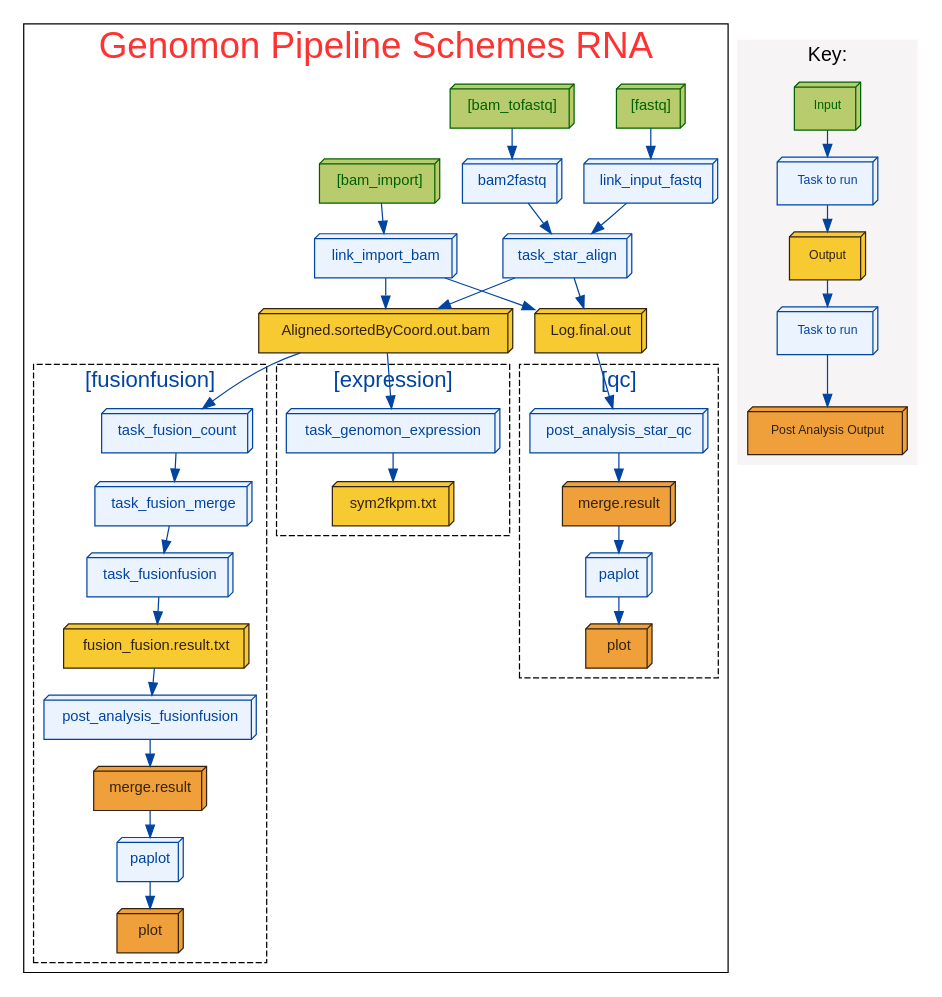
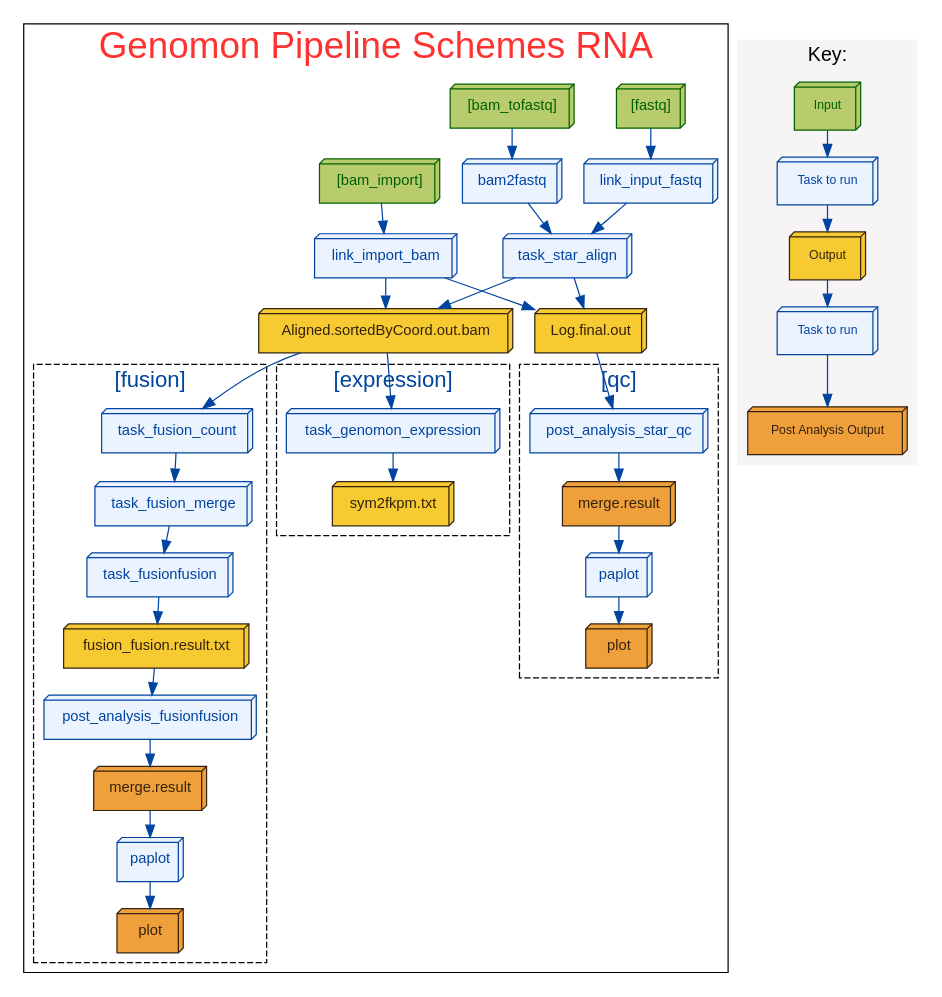
The diagram in dot/genomon_rna.dot (Genomon-Project/genomon-docs), drawn with Graphviz before and after one commit. The commit also changed 19 other files, not shown here.

```diff
--- a/dot/genomon_rna.dot
+++ b/dot/genomon_rna.dot
@@ -1,174 +1,174 @@
 digraph "Genomon Pipeline Schemes RNA"
 {
 	size = "11";
 	splines = true;
 	fontsize = "30";
 	ranksep = 0.3;
 	node[fontname = "helvetica", fontsize="12"];
 	graph[clusterrank = "local"];
 	
 	subgraph clustertasks
 	{
 		rank="min";
 		fontname = "helvetica"
 		fontcolor = "#FF3232";
 		label = "Genomon Pipeline Schemes RNA";
 
 		#### nodes
 		# input
 		t_input_bam2fastq   [color="#006000", fillcolor="#B8CC6E", fontcolor="#006000", shape=box3d, style=filled, label="[bam_tofastq]"];
 		t_input_fastq         [color="#006000", fillcolor="#B8CC6E", fontcolor="#006000", shape=box3d, style=filled, label="[fastq]"];
 		t_input_bamimport     [color="#006000", fillcolor="#B8CC6E", fontcolor="#006000", shape=box3d, style=filled, label="[bam_import]"];
 		
 		# stage
 		t_bam2fastq           [color="#0044A0", fillcolor="#EBF3FF", fontcolor="#0044A0", shape=box3d, style=filled, label="bam2fastq"];
 		t_link_import_bam     [color="#0044A0", fillcolor="#EBF3FF", fontcolor="#0044A0", shape=box3d, style=filled, label="link_import_bam"];
 		t_link_input_fastq    [color="#0044A0", fillcolor="#EBF3FF", fontcolor="#0044A0", shape=box3d, style=filled, label="link_input_fastq"];
 		t_star                [color="#0044A0", fillcolor="#EBF3FF", fontcolor="#0044A0", shape=box3d, style=filled, label="task_star_align"];
 		
 		# output
 		t_output_star         [color="#33220D", fillcolor="#F8CA31", fontcolor="#33220D", shape=box3d, style=filled, label="Aligned.sortedByCoord.out.bam"];
 		t_output_starqc       [color="#33220D", fillcolor="#F8CA31", fontcolor="#33220D", shape=box3d, style=filled, label="Log.final.out"];
 		
 		#### lines
 		# input
 		t_input_bam2fastq -> t_bam2fastq[color="#0044A0"];
 		t_input_fastq -> t_link_input_fastq[color="#0044A0"];
 		t_input_bamimport -> t_link_import_bam[color="#0044A0"];
 		
 		# stage
 		t_bam2fastq -> t_star[color="#0044A0"];
 		t_link_input_fastq -> t_star[color="#0044A0"];
 		
 		t_star -> t_output_star[color="#0044A0"];
 		t_star -> t_output_starqc[color="#0044A0"];
 		t_link_import_bam -> t_output_star[color="#0044A0"];
 		t_link_import_bam -> t_output_starqc[color="#0044A0"];
 		
 		t_output_star -> t_fusion_c[color="#0044A0"];
 		t_output_star -> t_expression[color="#0044A0"];
 		t_output_starqc -> t_pa_starqc[color="#0044A0"];
 	
 		subgraph clustertasks_fusion
 		{
 			rank="min";
 			fontname = "helvetica";
 			fontcolor = "#0044A0";
 			fontsize = "18";
-			label = " [fusionfusion]";
+			label = " [fusion]";
 			style = dashed;
 
 			#### nodes
 			t_fusion_c            [color="#0044A0", fillcolor="#EBF3FF", fontcolor="#0044A0", shape=box3d, style=filled, label="task_fusion_count"];
 			t_fusion_m            [color="#0044A0", fillcolor="#EBF3FF", fontcolor="#0044A0", shape=box3d, style=filled, label="task_fusion_merge"];
 			t_fusion              [color="#0044A0", fillcolor="#EBF3FF", fontcolor="#0044A0", shape=box3d, style=filled, label="task_fusionfusion"];
 			t_pa_ff               [color="#0044A0", fillcolor="#EBF3FF", fontcolor="#0044A0", shape=box3d, style=filled, label="post_analysis_fusionfusion"];
 			t_paplot_ff           [color="#0044A0", fillcolor="#EBF3FF", fontcolor="#0044A0", shape=box3d, style=filled, label="paplot"];
 			
 			# output
 			t_output_fusion       [color="#33220D", fillcolor="#F8CA31", fontcolor="#33220D", shape=box3d, style=filled, label="fusion_fusion.result.txt"];
 			t_output_pa_ff        [color="#33220D", fillcolor="#EFA03B", fontcolor="#33220D", shape=box3d, style=filled, label="merge.result"];
 			t_output_paplot_ff    [color="#33220D", fillcolor="#EFA03B", fontcolor="#33220D", shape=box3d, style=filled, label="plot"];
 
 			#### lines
 			# stage
 			t_fusion_c -> t_fusion_m[color="#0044A0"];
 			t_fusion_m -> t_fusion[color="#0044A0"];
 			
 			# output
 			t_fusion -> t_output_fusion[color="#0044A0"];
 
 			# post_analysis
 			t_output_fusion -> t_pa_ff[color="#0044A0"];
 			t_pa_ff -> t_output_pa_ff[color="#0044A0"];
 
 			# paplot
 			t_output_pa_ff -> t_paplot_ff[color="#0044A0"];
 			t_paplot_ff -> t_output_paplot_ff[color="#0044A0"];
 		}
 
 		subgraph clustertasks_expression
 		{
 			rank="min";
 			fontname = "helvetica";
 			fontcolor = "#0044A0";
 			fontsize = "18";
 			label = " [expression]";
 			style = dashed;
 
 			#### nodes
 			# nodes
 			t_expression              [color="#0044A0", fillcolor="#EBF3FF", fontcolor="#0044A0", shape=box3d, style=filled, label="task_genomon_expression"];
 			#t_pa_expression           [color="#0044A0", fillcolor="#EBF3FF", fontcolor="#0044A0", shape=box3d, style=filled, label="post_analysis_expression"];
 			#t_paplot_expression       [color="#0044A0", fillcolor="#EBF3FF", fontcolor="#0044A0", shape=box3d, style=filled, label="paplot"];
 			
 			# output
 			t_output_expression       [color="#33220D", fillcolor="#F8CA31", fontcolor="#33220D", shape=box3d, style=filled, label="sym2fkpm.txt"];
 			#t_output_pa_expression    [color="#33220D", fillcolor="#EBF3FF", fontcolor="#33220D", shape=box3d, style=filled, label="merge.result"];
 			#t_output_paplot_expression[color="#33220D", fillcolor="#EBF3FF", fontcolor="#33220D", shape=box3d, style=filled, label="plot"];
 			
 
 			#### lines
 			# stage
 			t_expression -> t_output_expression[color="#0044A0"];
 			
 			# post_analysis
 			#t_output_expression -> t_pa_expression[color="#0044A0"];
 			#t_pa_expression -> t_output_pa_expression[color="#0044A0"];
 
 			# paplot
 			#t_output_pa_expression -> t_paplot_expression[color="#0044A0"];
 			#t_paplot_expression -> t_output_paplot_expression[color="#0044A0"];
 		}
 
 		subgraph clustertasks_starqc
 		{
 			rank="min";
 			fontname = "helvetica";
 			fontcolor = "#0044A0";
 			fontsize = "18";
 			label = " [qc]";
 			style = dashed;
 
 			#### nodes
 			# nodes
 			t_pa_starqc           [color="#0044A0", fillcolor="#EBF3FF", fontcolor="#0044A0", shape=box3d, style=filled, label="post_analysis_star_qc"];
 			t_paplot_starqc       [color="#0044A0", fillcolor="#EBF3FF", fontcolor="#0044A0", shape=box3d, style=filled, label="paplot"];
 			
 			# output
 			t_output_pa_starqc    [color="#33220D", fillcolor="#EFA03B", fontcolor="#33220D", shape=box3d, style=filled, label="merge.result"];
 			t_output_paplot_starqc[color="#33220D", fillcolor="#EFA03B", fontcolor="#33220D", shape=box3d, style=filled, label="plot"];
 			
 
 			#### lines
 			# post_analysis
 			t_pa_starqc -> t_output_pa_starqc[color="#0044A0"];
 
 			# paplot
 			t_output_pa_starqc -> t_paplot_starqc[color="#0044A0"];
 			t_paplot_starqc -> t_output_paplot_starqc[color="#0044A0"];
 		}
 	}
 	
 	subgraph clusterkey1
 	{
 		rank = "min";
 		style  = filled;
 		
 		fontname = "helvetica"
 		fontsize = 16;
 		color = "#F6F4F4";
 		label = "Key:"
 
 		node[margin="0.2,0.2", fontname = "helvetica", fontsize="10"];
 		k1_1[color="#006000", fillcolor="#B8CC6E", fontcolor="#006000", label="Input", shape=box3d, style=filled];
 		k2_1[color="#0044A0", fillcolor="#EBF3FF", fontcolor="#0044A0", label="Task to run", shape=box3d, style=filled];
 		k3_1[color="#33220D", fillcolor="#F8CA31", fontcolor="#33220D", label="Output", shape=box3d, style=filled];
 		k4_1[color="#0044A0", fillcolor="#EBF3FF", fontcolor="#0044A0", label="Task to run", shape=box3d, style=filled];
 		k5_1[color="#33220D", fillcolor="#EFA03B", fontcolor="#33220D", label="Post Analysis Output", shape=box3d, style=filled];
 		k1_1 -> k2_1[color="#0044A0", arrowtype=normal];
 		k2_1 -> k3_1[color="#0044A0", arrowtype=normal];
 		k3_1 -> k4_1[color="#0044A0", arrowtype=normal];
 		k4_1 -> k5_1[color="#0044A0", arrowtype=normal];
 	}
 }
```
